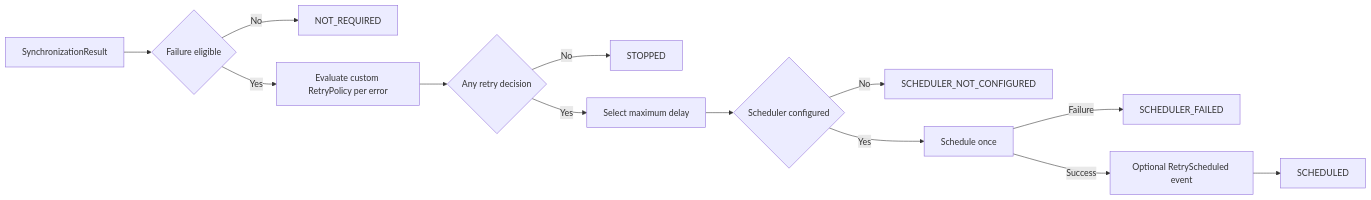
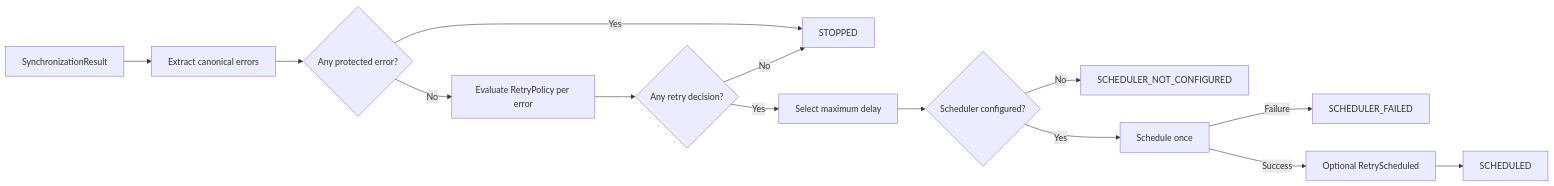
The diagram in docs/api/retry-orchestration.md (dataloom-sdk/dataloom), drawn with Mermaid before and after one commit. The commit also changed other lines of this file and 9 other files, not shown here.

````diff
--- a/docs/api/retry-orchestration.md
+++ b/docs/api/retry-orchestration.md
@@ -28,15 +19,16 @@
 ```mermaid
 flowchart LR
-    Result[SynchronizationResult] --> Eligible{Failure eligible}
-    Eligible -->|No| NotRequired[NOT_REQUIRED]
-    Eligible -->|Yes| Policy[Evaluate custom RetryPolicy per error]
-    Policy --> Decision{Any retry decision}
-    Decision -->|No| Stopped[STOPPED]
+    Result[SynchronizationResult] --> Errors[Extract canonical errors]
+    Errors --> Protected{Any protected error?}
+    Protected -->|Yes| Stopped[STOPPED]
+    Protected -->|No| Policy[Evaluate RetryPolicy per error]
+    Policy --> Decision{Any retry decision?}
+    Decision -->|No| Stopped
     Decision -->|Yes| Delay[Select maximum delay]
-    Delay --> Scheduler{Scheduler configured}
+    Delay --> Scheduler{Scheduler configured?}
     Scheduler -->|No| Missing[SCHEDULER_NOT_CONFIGURED]
     Scheduler -->|Yes| Schedule[Schedule once]
     Schedule -->|Failure| Failed[SCHEDULER_FAILED]
-    Schedule -->|Success| Event[Optional RetryScheduled event]
+    Schedule -->|Success| Event[Optional RetryScheduled]
     Event --> Scheduled[SCHEDULED]
 ```
````
